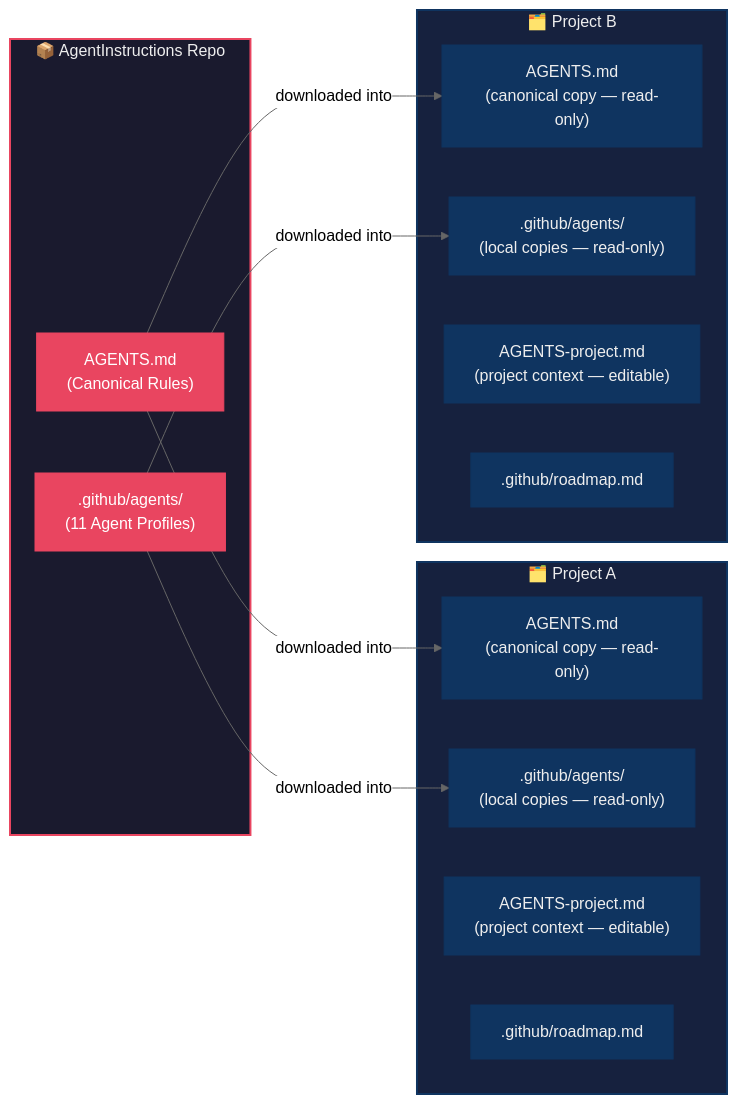
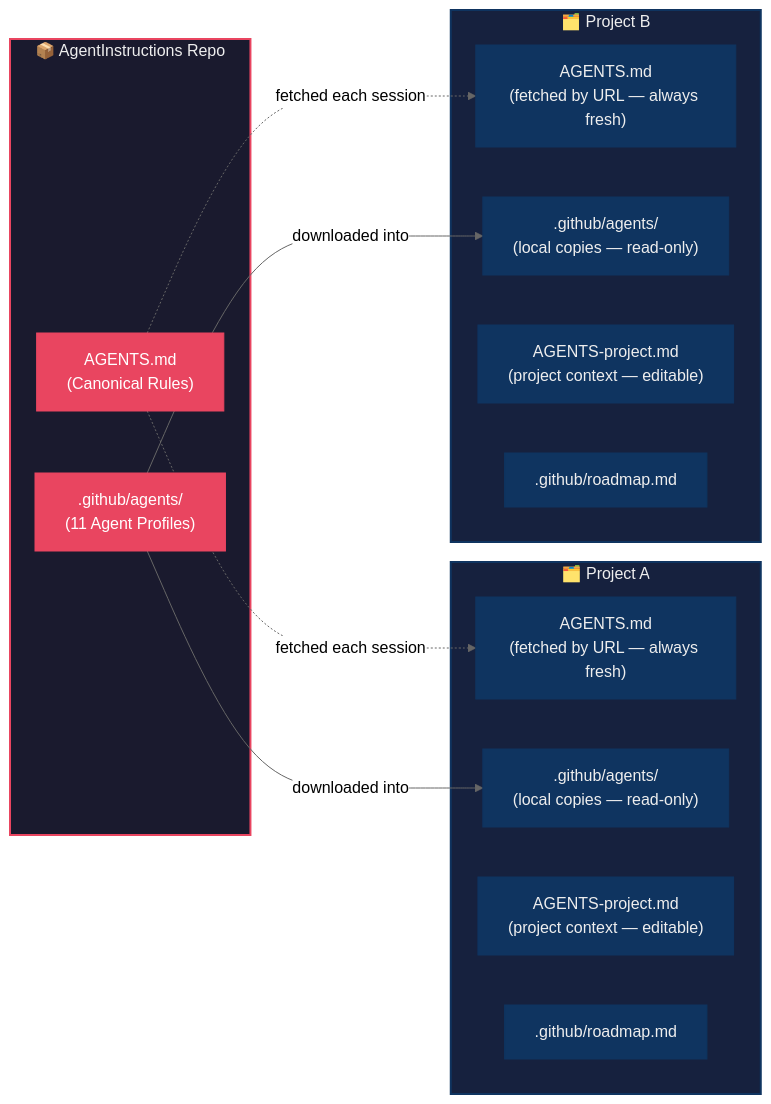
Before and after one commit to LoneEngineer99/AgentInstructions: the diagram in README.md, drawn with Mermaid (neutral theme). The commit also changed other lines of this file and 2 other files, not shown here.

First line of the commit message:
docs: AGENTS.md fetched by URL each session; custom agents downloaded locally

````diff
--- a/README.md
+++ b/README.md
@@ -52,38 +52,38 @@
 ```mermaid
 flowchart LR
     subgraph This_Repo["📦 AgentInstructions Repo"]
         A["AGENTS.md\n(Canonical Rules)"]
         B[".github/agents/\n(11 Agent Profiles)"]
     end
     subgraph Project_A["🗂️ Project A"]
-        D["AGENTS.md\n(canonical copy — read-only)"]
+        D["AGENTS.md\n(fetched by URL — always fresh)"]
         E[".github/agents/\n(local copies — read-only)"]
         F["AGENTS-project.md\n(project context — editable)"]
         G[".github/roadmap.md"]
     end
     subgraph Project_B["🗂️ Project B"]
-        H["AGENTS.md\n(canonical copy — read-only)"]
+        H["AGENTS.md\n(fetched by URL — always fresh)"]
         I[".github/agents/\n(local copies — read-only)"]
         J["AGENTS-project.md\n(project context — editable)"]
         K[".github/roadmap.md"]
     end
 
-    A -- "downloaded into" --> D
+    A -. "fetched each session" .-> D
     B -- "downloaded into" --> E
-    A -- "downloaded into" --> H
+    A -. "fetched each session" .-> H
     B -- "downloaded into" --> I
 
     style This_Repo fill:#1a1a2e,stroke:#e94560,stroke-width:2px,color:#eee
     style Project_A fill:#16213e,stroke:#0f3460,stroke-width:2px,color:#eee
     style Project_B fill:#16213e,stroke:#0f3460,stroke-width:2px,color:#eee
     style A fill:#e94560,stroke:#e94560,color:#fff
     style B fill:#e94560,stroke:#e94560,color:#fff
     style D fill:#0f3460,stroke:#0f3460,color:#eee
     style E fill:#0f3460,stroke:#0f3460,color:#eee
     style F fill:#0f3460,stroke:#0f3460,color:#eee
     style G fill:#0f3460,stroke:#0f3460,color:#eee
     style H fill:#0f3460,stroke:#0f3460,color:#eee
     style I fill:#0f3460,stroke:#0f3460,color:#eee
     style J fill:#0f3460,stroke:#0f3460,color:#eee
     style K fill:#0f3460,stroke:#0f3460,color:#eee
 ```
````
